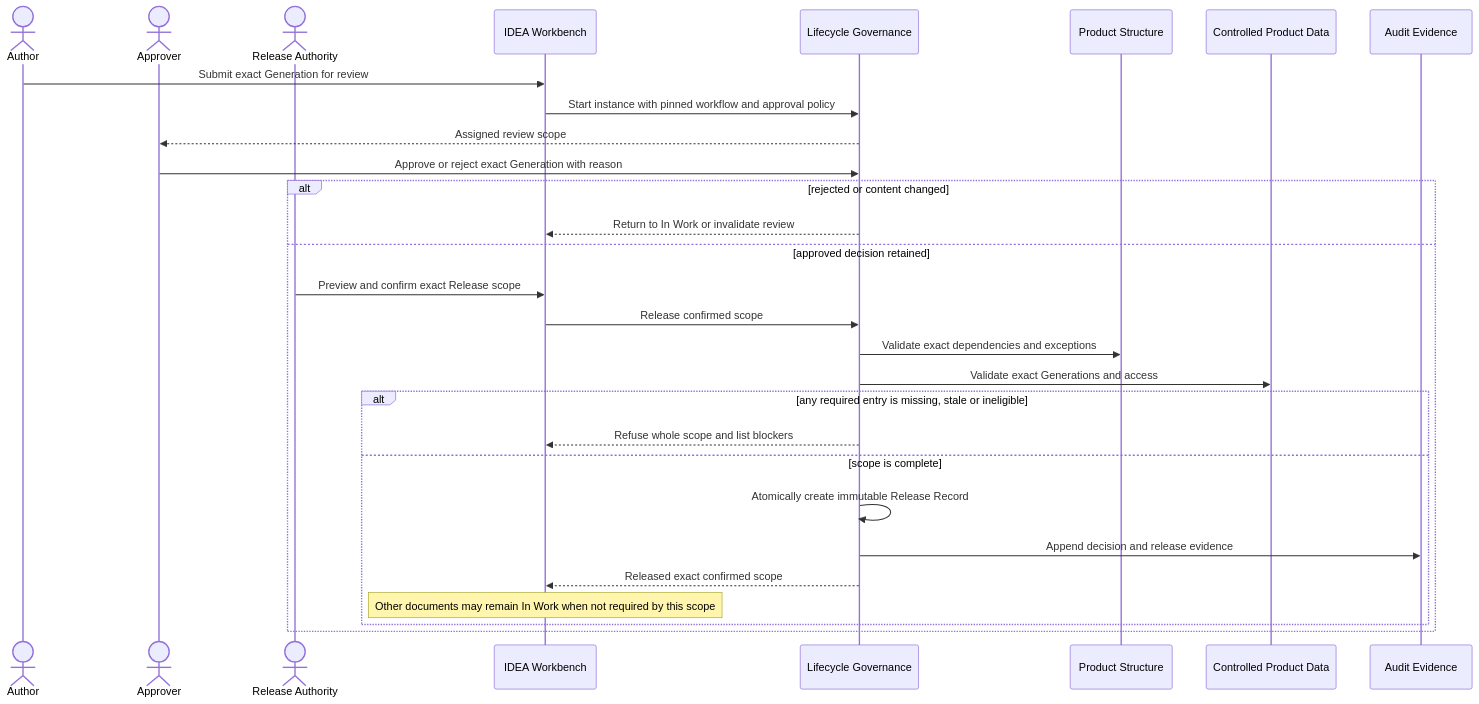
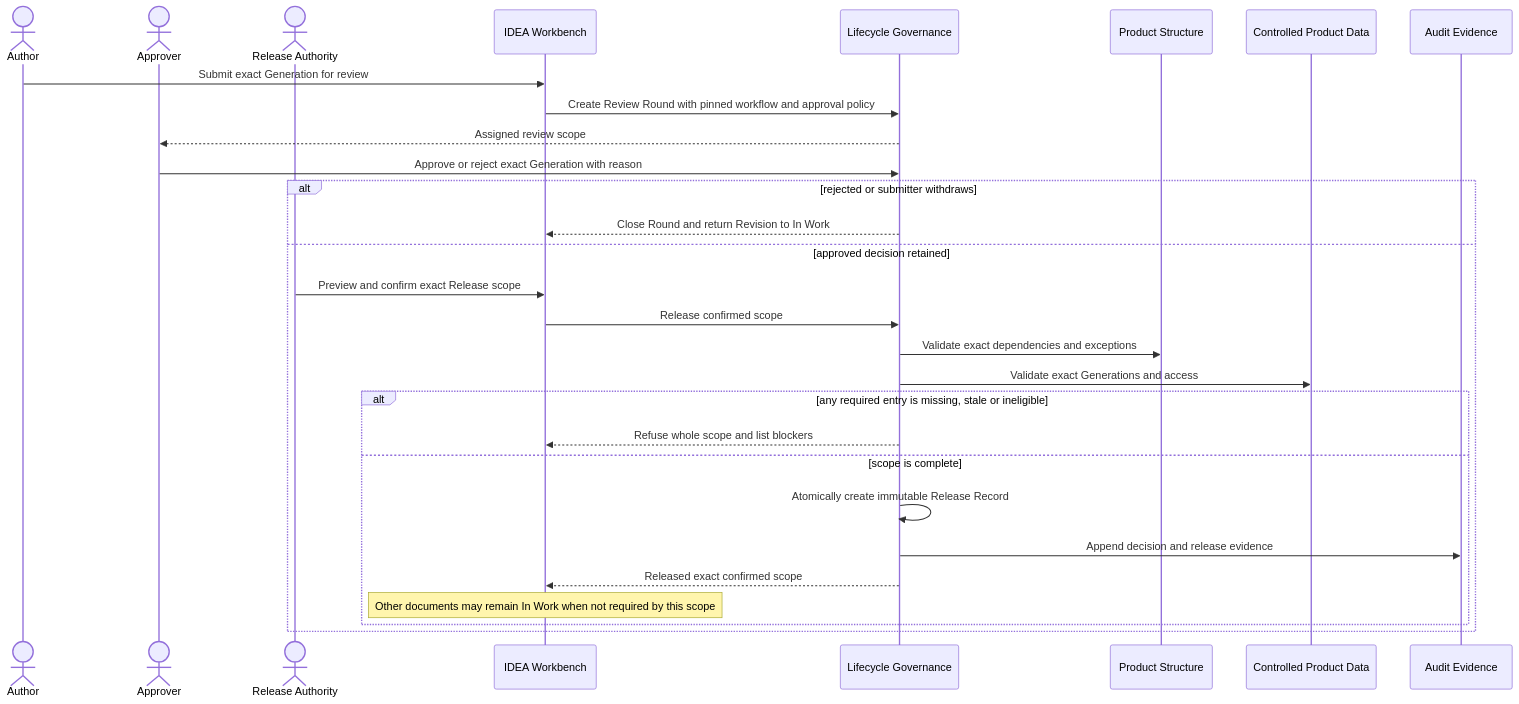
One commit to devphuclam/IDEAEngineering changed diagram 15 of 19 in docs/product/instances/idea-engineering/DOC-05-architecture-description.md. Above: the diagram before and after it, drawn with Mermaid. The commit also changed other lines of this file and 53 other files, not shown here.

Commit message:
docs: define IDEA architecture and controlled workflows

````diff
--- a/docs/product/instances/idea-engineering/DOC-05-architecture-description.md
+++ b/docs/product/instances/idea-engineering/DOC-05-architecture-description.md
@@ -446,32 +1083,35 @@
 ```mermaid
 sequenceDiagram
+    accTitle: Review approval and exact Release sequence
+    accDescr: An author submits one exact Generation into a Review Round pinned to workflow and approval policy versions. An eligible independent approver records a decision. Release then previews and revalidates the exact scope, structure and evidence; any blocker refuses the whole scope, while success creates one immutable Release Record without changing unrelated In Work documents.
+
     actor Author
     actor Approver
     actor Releaser as Release Authority
     participant UI as IDEA Workbench
     participant Lifecycle as Lifecycle Governance
     participant Structure as Product Structure
     participant Product as Controlled Product Data
     participant Audit as Audit Evidence
 
     Author->>UI: Submit exact Generation for review
-    UI->>Lifecycle: Start instance with pinned workflow and approval policy
+    UI->>Lifecycle: Create Review Round with pinned workflow and approval policy
     Lifecycle-->>Approver: Assigned review scope
     Approver->>Lifecycle: Approve or reject exact Generation with reason
-    alt rejected or content changed
-        Lifecycle-->>UI: Return to In Work or invalidate review
+    alt rejected or submitter withdraws
+        Lifecycle-->>UI: Close Round and return Revision to In Work
     else approved decision retained
         Releaser->>UI: Preview and confirm exact Release scope
         UI->>Lifecycle: Release confirmed scope
         Lifecycle->>Structure: Validate exact dependencies and exceptions
         Lifecycle->>Product: Validate exact Generations and access
         alt any required entry is missing, stale or ineligible
             Lifecycle-->>UI: Refuse whole scope and list blockers
         else scope is complete
             Lifecycle->>Lifecycle: Atomically create immutable Release Record
             Lifecycle->>Audit: Append decision and release evidence
             Lifecycle-->>UI: Released exact confirmed scope
             Note over UI: Other documents may remain In Work when not required by this scope
         end
     end
 ```
````
